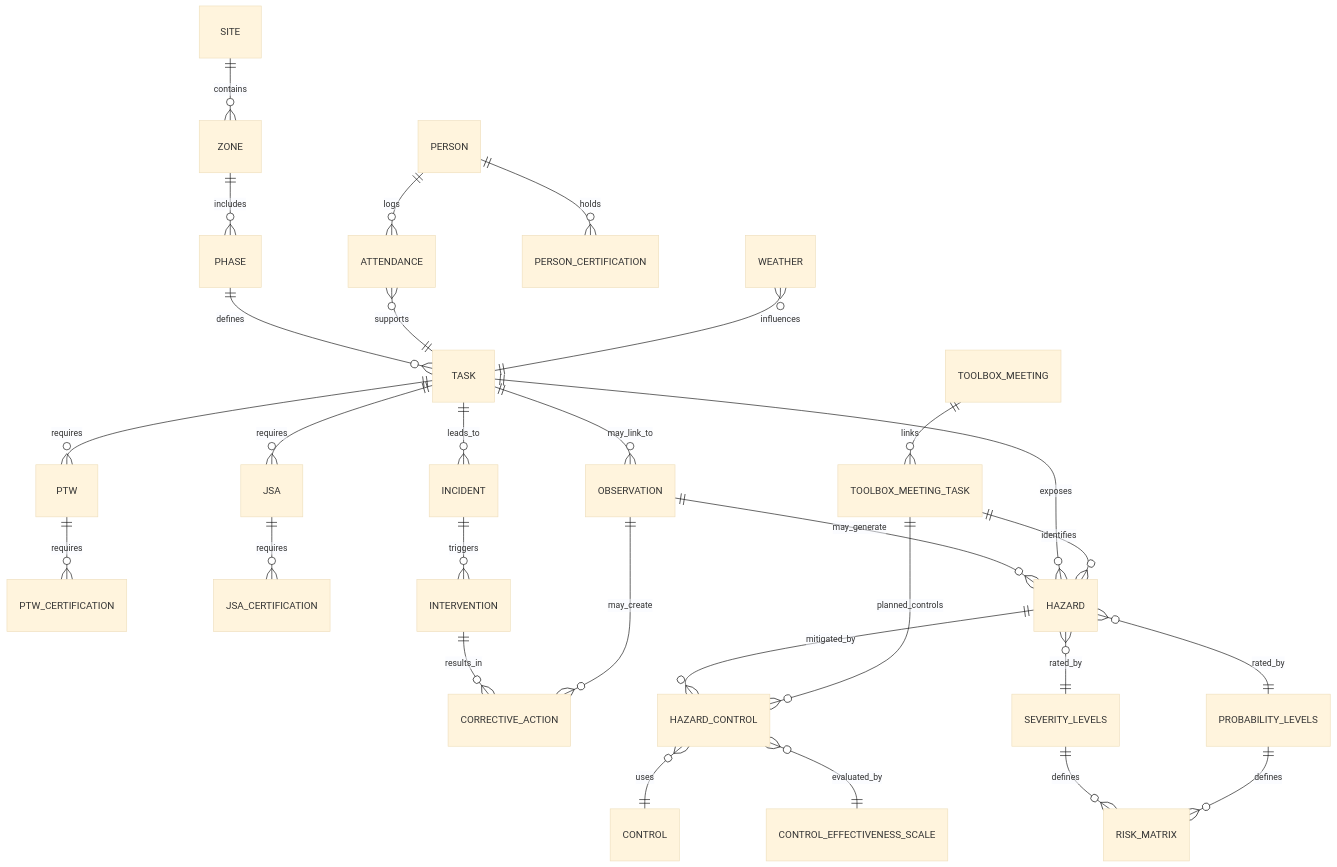
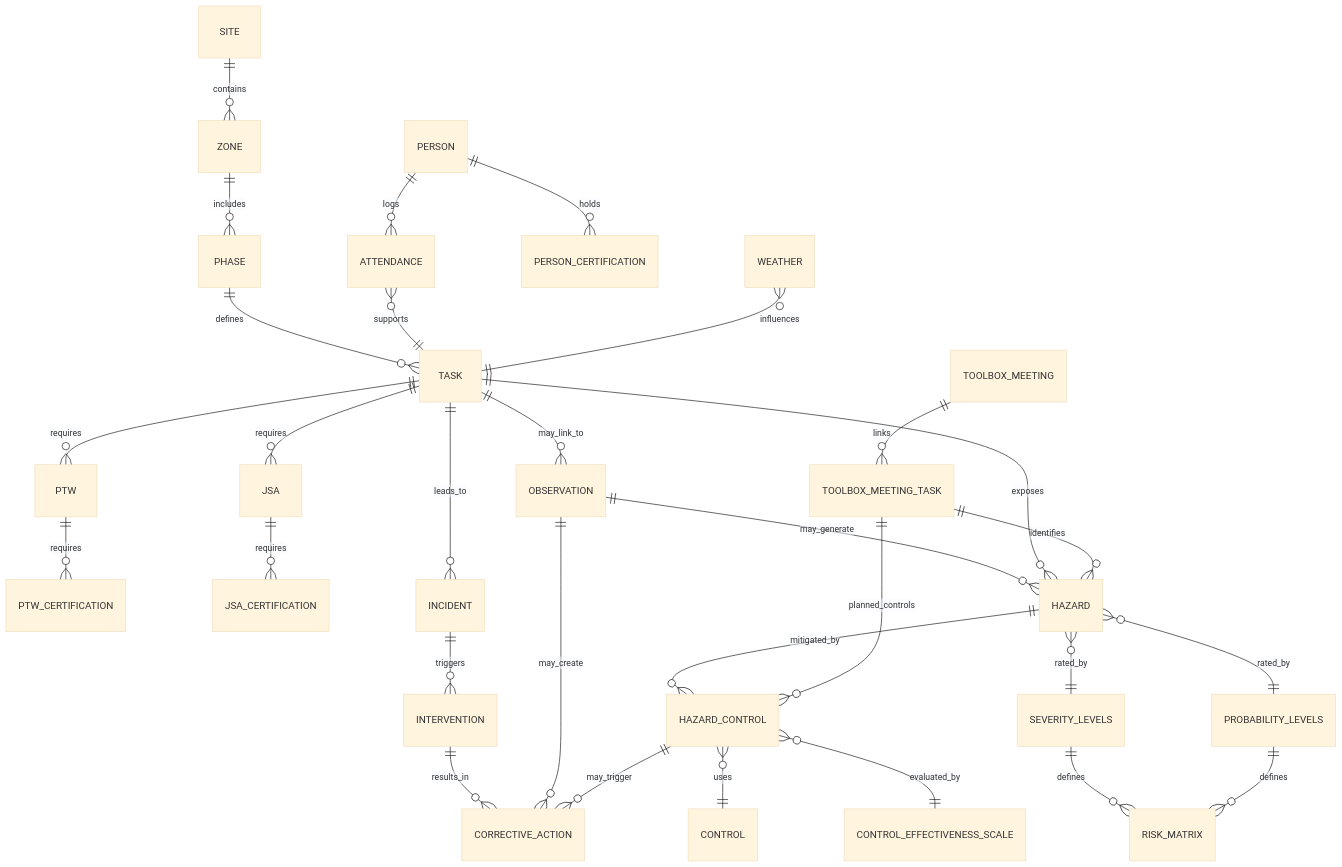
The second of 2 diagrams in README.md (Euchie23/Euchie23), drawn with Mermaid (base theme) before and after one commit.

````diff
--- a/README.md
+++ b/README.md
@@ -129,41 +129,42 @@
 ```mermaid
 erDiagram
     SITE ||--o{ ZONE : contains
     ZONE ||--o{ PHASE : includes
     PHASE ||--o{ TASK : defines
 
     PERSON ||--o{ ATTENDANCE : logs
     ATTENDANCE }o--|| TASK : supports
 
     TASK ||--o{ PTW : requires
     TASK ||--o{ JSA : requires
 
     PERSON ||--o{ PERSON_CERTIFICATION : holds
     PTW ||--o{ PTW_CERTIFICATION : requires
     JSA ||--o{ JSA_CERTIFICATION : requires
 
     TASK ||--o{ INCIDENT : leads_to
     INCIDENT ||--o{ INTERVENTION : triggers
     INTERVENTION ||--o{ CORRECTIVE_ACTION : results_in
 
     TASK ||--o{ OBSERVATION  : may_link_to
     OBSERVATION ||--o{ HAZARD : may_generate
     OBSERVATION ||--o{ CORRECTIVE_ACTION : may_create
 
     TASK ||--o{ HAZARD : exposes
     HAZARD ||--o{ HAZARD_CONTROL : mitigated_by
     HAZARD_CONTROL }o--|| CONTROL : uses
 
     TOOLBOX_MEETING ||--o{ TOOLBOX_MEETING_TASK : links
     TOOLBOX_MEETING_TASK ||--o{ HAZARD : identifies
     TOOLBOX_MEETING_TASK ||--o{ HAZARD_CONTROL : planned_controls
 
     HAZARD }o--|| SEVERITY_LEVELS : rated_by
     HAZARD }o--|| PROBABILITY_LEVELS : rated_by
     SEVERITY_LEVELS ||--o{ RISK_MATRIX : defines
     PROBABILITY_LEVELS ||--o{ RISK_MATRIX : defines
 
     HAZARD_CONTROL }o--|| CONTROL_EFFECTIVENESS_SCALE : evaluated_by
+    HAZARD_CONTROL ||--o{ CORRECTIVE_ACTION : may_trigger
 
     WEATHER }o--|| TASK : influences
 ```
````
